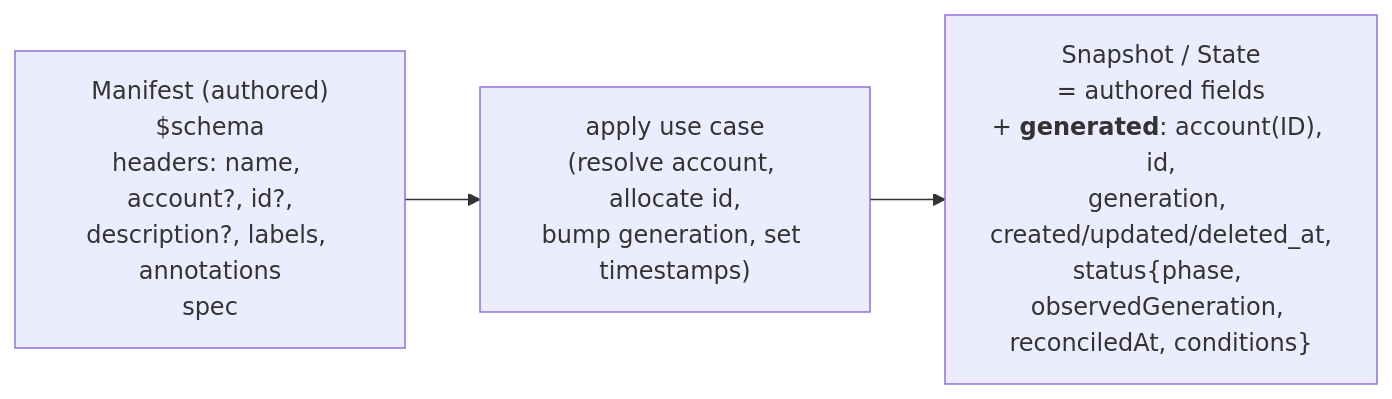
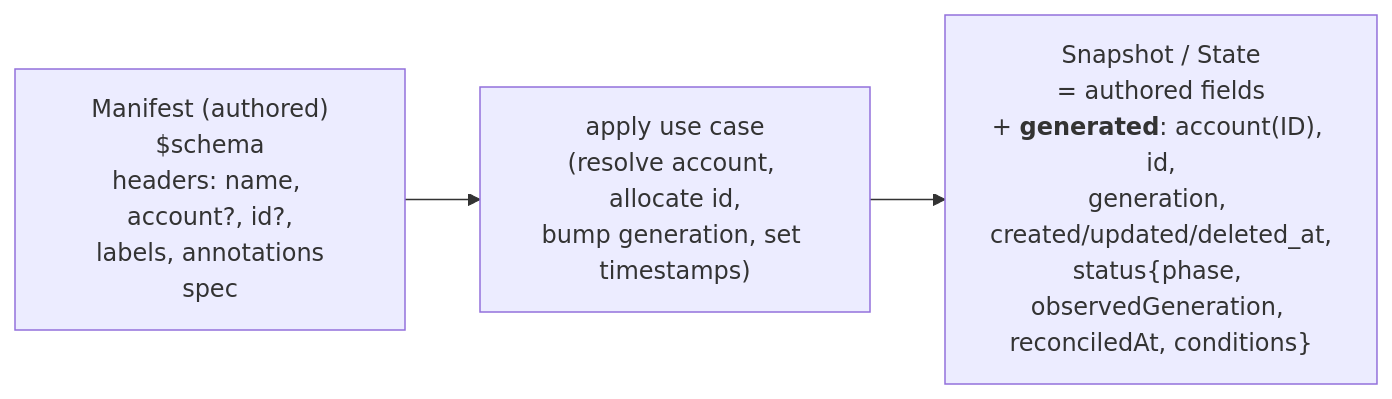
One commit to kamu-data/kamu-cli changed the second of 6 diagrams in docs/internal/resources-framework.md. Above: the diagram before and after it, drawn with Mermaid. The commit also changed other lines of this file and 55 other files, not shown here.

Commit message:
Description as annotation, not a direct field in headers

````diff
--- a/docs/internal/resources-framework.md
+++ b/docs/internal/resources-framework.md
@@ -513,7 +532,7 @@
 ```mermaid
 flowchart LR
-    M["Manifest (authored)<br/>$schema<br/>headers: name, account?, id?,<br/>description?, labels, annotations<br/>spec"]
+    M["Manifest (authored)<br/>$schema<br/>headers: name, account?, id?,<br/>labels, annotations<br/>spec"]
     A["apply use case<br/>(resolve account, allocate id,<br/>bump generation, set timestamps)"]
     S["Snapshot / State<br/>= authored fields<br/>+ <b>generated</b>: account(ID), id,<br/>generation, created/updated/deleted_at,<br/>status{phase, observedGeneration, reconciledAt, conditions}"]
     M --> A --> S
 ```
````
